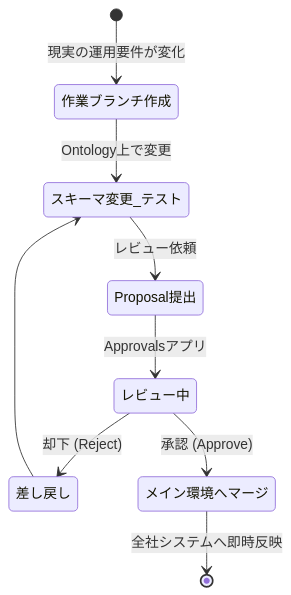
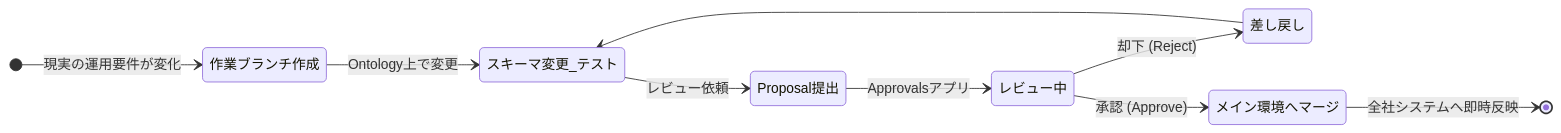
Before and after one commit to jonnydubowsky/palantir-ontology-strategy: the sixth of 9 diagrams in docs/the-palantir-impact.md, drawn with Mermaid. The commit also changed other lines of this file, not shown here.

````diff
--- a/docs/the-palantir-impact.md
+++ b/docs/the-palantir-impact.md
@@ -242,13 +242,14 @@
 ```mermaid
 stateDiagram-v2
+    direction LR
     [*] --> 作業ブランチ作成: 現実の運用要件が変化
     作業ブランチ作成 --> スキーマ変更_テスト: Ontology上で変更
     スキーマ変更_テスト --> Proposal提出: レビュー依頼
     Proposal提出 --> レビュー中: Approvalsアプリ
     
     レビュー中 --> 差し戻し: 却下 (Reject)
     差し戻し --> スキーマ変更_テスト
     
     レビュー中 --> メイン環境へマージ: 承認 (Approve)
     メイン環境へマージ --> [*]: 全社システムへ即時反映
 ```
````
